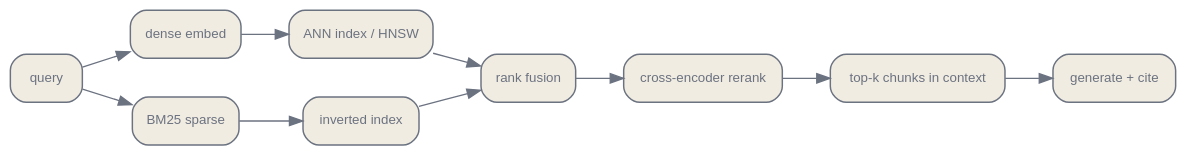
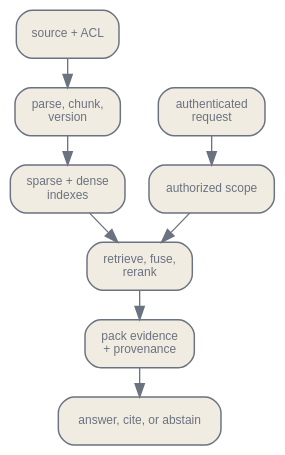
The diagram in en/orchestration/08-rag-retrieval.qmd (latere-ai/ai-as-an-infrastructure), drawn with Graphviz before and after one commit. The commit also changed other lines of this file and 4 other files, not shown here.

Commit message:
docs: rewrite retrieval evidence contract

````diff
--- a/en/orchestration/08-rag-retrieval.qmd
+++ b/en/orchestration/08-rag-retrieval.qmd
@@ -219,31 +71,26 @@
 ```{dot}
-//| label: fig-rag-funnel
-//| fig-cap: "The naive RAG funnel. Cheap, broad stages on the left feed a short list to the expensive, sharp stages on the right, so the cross-encoder only ever scores a handful of candidates."
+//| label: fig-rag-runtime-contract
+//| fig-cap: "The retrieval contract has an offline path and an online path. Both meet at a versioned index snapshot; authorization constrains candidate generation before retrieved text reaches reranking or generation."
 digraph {
   bgcolor="transparent";
-  rankdir=LR;
-  nodesep=0.4; ranksep=0.5;
-  node [shape=box, style="rounded,filled", fontname="Helvetica", fontsize=10, color="#6b7280", fontcolor="#6b7280", fillcolor="#f1ece1", penwidth=1.1];
-  edge [fontsize=10, fontname="Helvetica", color="#6b7280", fontcolor="#6b7280"];
+  rankdir=TB;
+  nodesep=0.25;
+  ranksep=0.30;
+  node [shape=box, style="rounded,filled", fontname="Helvetica", fontsize=9, color="#6b7280", fontcolor="#6b7280", fillcolor="#f1ece1", penwidth=1.1];
+  edge [fontname="Helvetica", fontsize=8, color="#6b7280", fontcolor="#6b7280"];
 
-  Q [label="query"];
-  DE [label="dense embed"];
-  SP [label="BM25 sparse"];
-  ANN [label="ANN index / HNSW"];
-  INV [label="inverted index"];
-  FUSE [label="rank fusion"];
-  RR [label="cross-encoder rerank"];
-  CTX [label="top-k chunks in context"];
-  GEN [label="generate + cite"];
+  source [label="source + ACL"];
+  ingest [label="parse, chunk,\nversion"];
+  index [label="sparse + dense\nindexes"];
+  request [label="authenticated\nrequest"];
+  scope [label="authorized scope"];
+  retrieve [label="retrieve, fuse,\nrerank"];
+  pack [label="pack evidence\n+ provenance"];
+  answer [label="answer, cite, or abstain"];
 
-  Q -> DE;
-  Q -> SP;
-  DE -> ANN;
-  SP -> INV;
-  ANN -> FUSE;
-  INV -> FUSE;
-  FUSE -> RR;
-  RR -> CTX;
-  CTX -> GEN;
+  source -> ingest -> index;
+  request -> scope -> retrieve;
+  index -> retrieve;
+  retrieve -> pack -> answer;
 }
 ```
````
